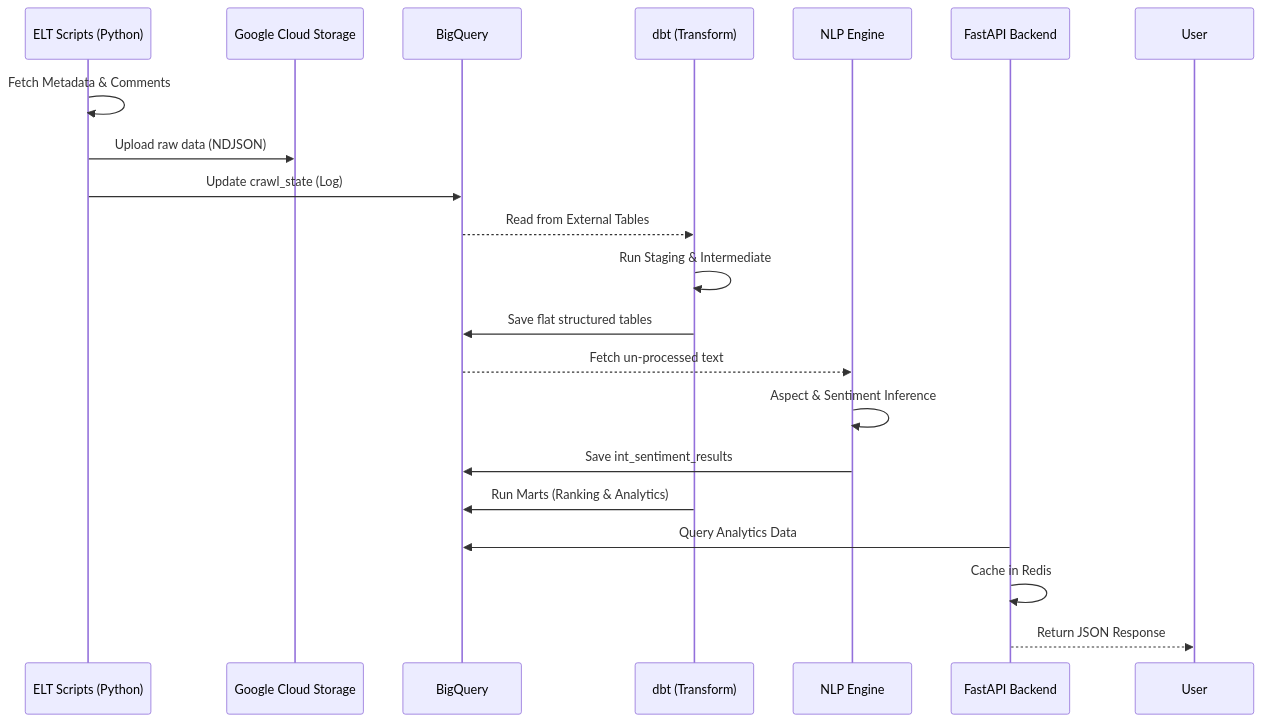
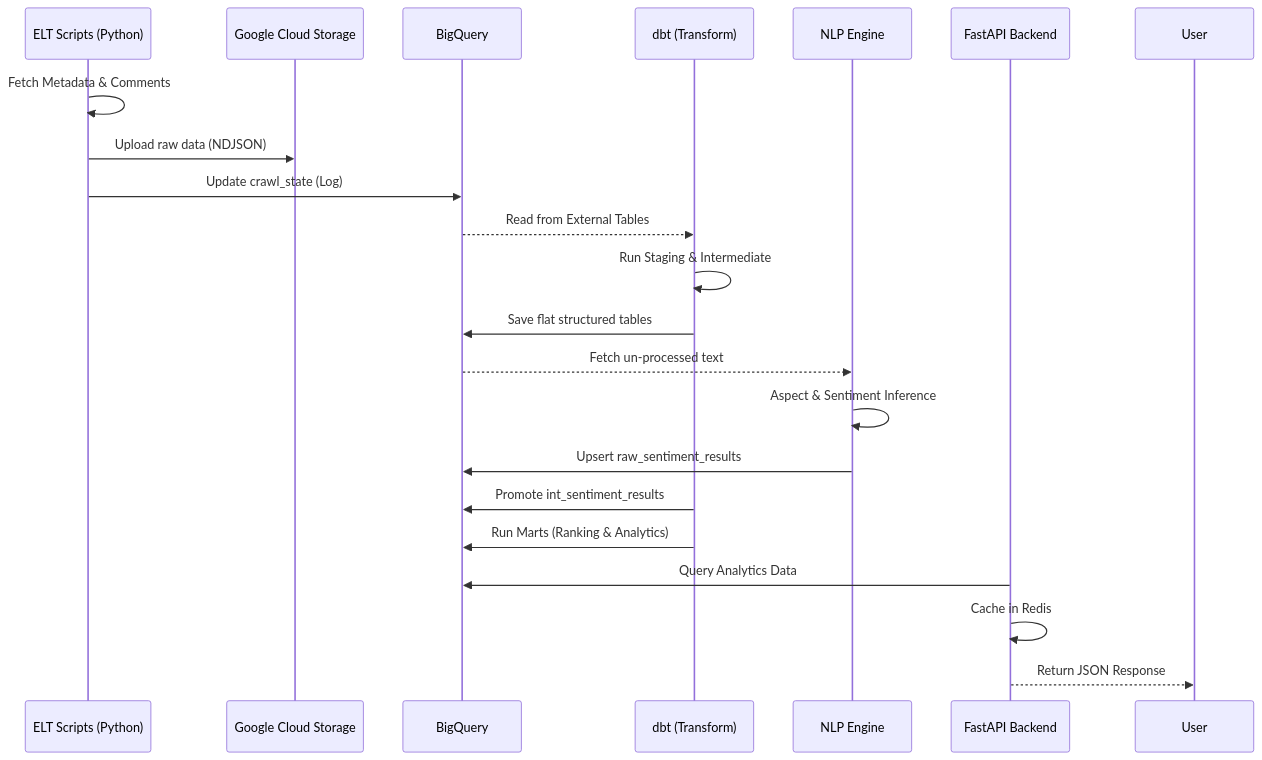
One commit to Kama-khoa/Social_media_sentiment_pipeline changed the second of 3 diagrams in README.md. Above: the diagram before and after it, drawn with Mermaid. The commit also changed other lines of this file and 29 other files, not shown here.

````diff
--- a/README.md
+++ b/README.md
@@ -80,23 +80,24 @@
 ```mermaid
 sequenceDiagram
     participant ELT as ELT Scripts (Python)
     participant GCS as Google Cloud Storage
     participant BQ as BigQuery
     participant DBT as dbt (Transform)
     participant NLP as NLP Engine
     participant API as FastAPI Backend
 
     ELT->>ELT: Fetch Metadata & Comments
     ELT->>GCS: Upload raw data (NDJSON)
     ELT->>BQ: Update crawl_state (Log)
     BQ-->>DBT: Read from External Tables
     DBT->>DBT: Run Staging & Intermediate
     DBT->>BQ: Save flat structured tables
     BQ-->>NLP: Fetch un-processed text
     NLP->>NLP: Aspect & Sentiment Inference
-    NLP->>BQ: Save int_sentiment_results
+    NLP->>BQ: Upsert raw_sentiment_results
+    DBT->>BQ: Promote int_sentiment_results
     DBT->>BQ: Run Marts (Ranking & Analytics)
     API->>BQ: Query Analytics Data
     API->>API: Cache in Redis
     API-->>User: Return JSON Response
 ```
````
